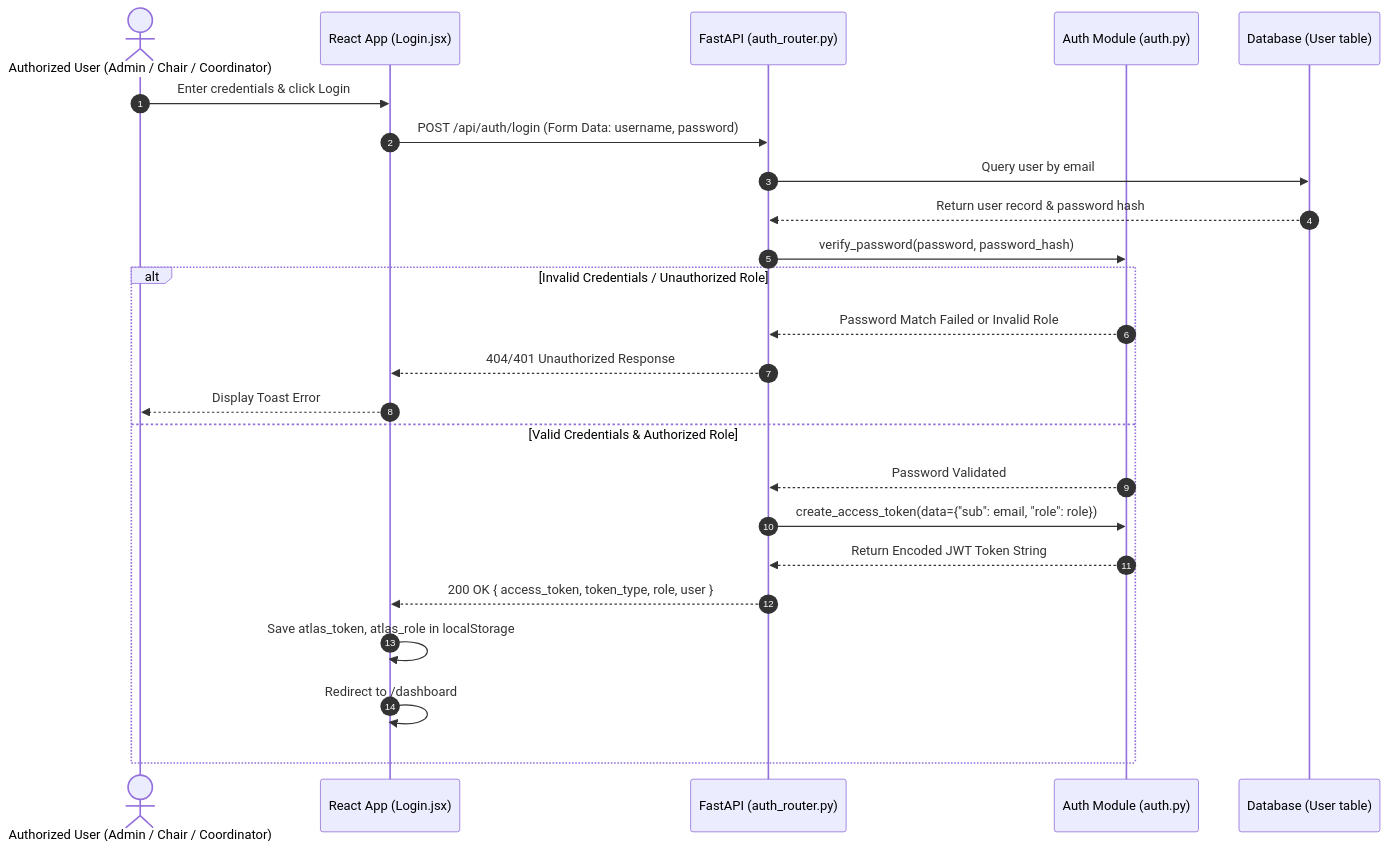
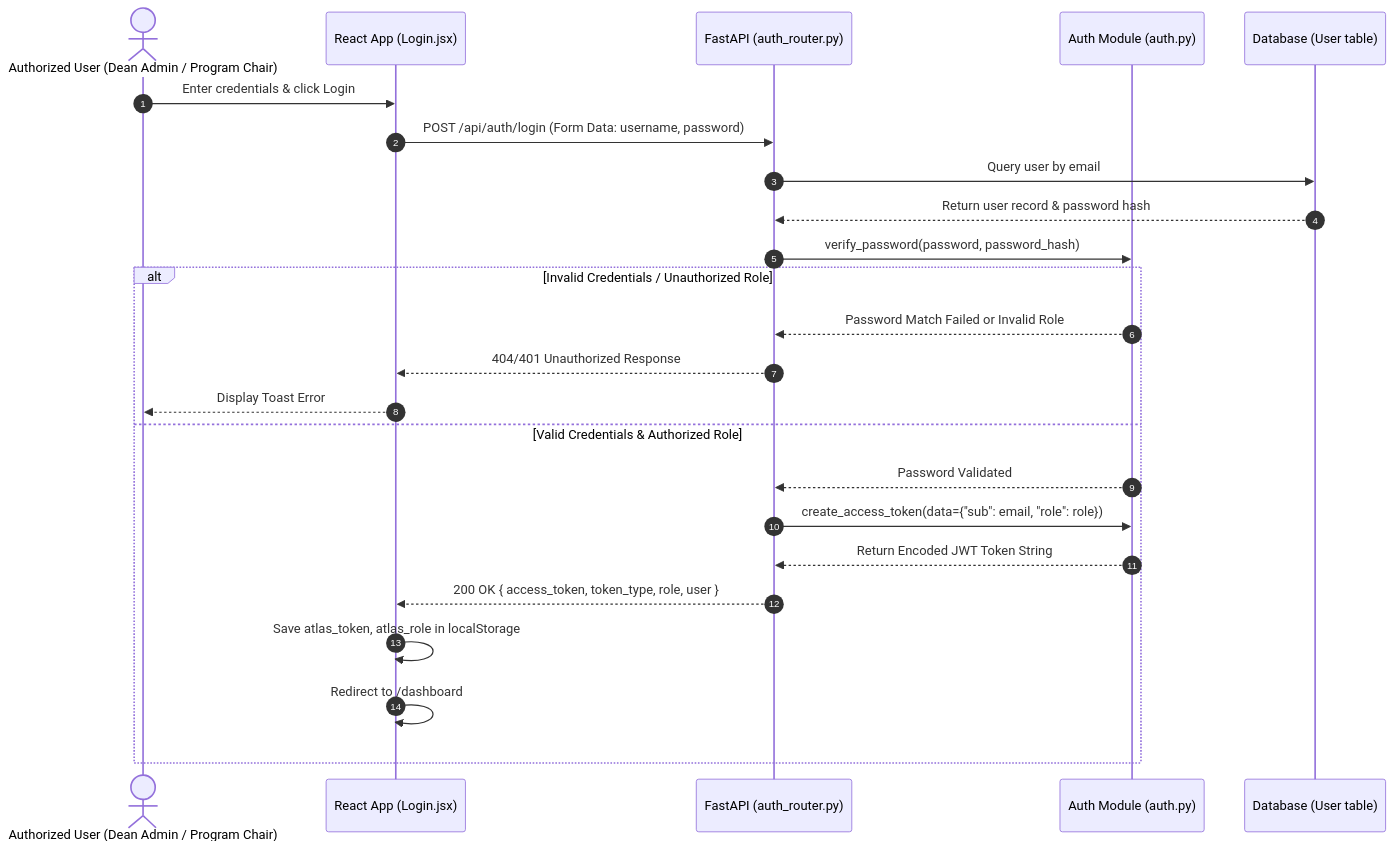
Before and after one commit to dayaomatthew14/ATLAS: the second of 4 diagrams in docs/SYSTEM_DESIGN.md, drawn with Mermaid. The commit also changed other lines of this file and 54 other files, not shown here.

````diff
--- a/docs/SYSTEM_DESIGN.md
+++ b/docs/SYSTEM_DESIGN.md
@@ -118,28 +121,28 @@
 ```mermaid
 sequenceDiagram
     autonumber
-    actor AuthorizedUser as Authorized User (Admin / Chair / Coordinator)
+    actor AuthorizedUser as Authorized User (Dean Admin / Program Chair)
     participant Frontend as React App (Login.jsx)
     participant API as FastAPI (auth_router.py)
     participant Auth as Auth Module (auth.py)
     participant DB as Database (User table)
 
     AuthorizedUser->>Frontend: Enter credentials & click Login
     Frontend->>API: POST /api/auth/login (Form Data: username, password)
     API->>DB: Query user by email
     DB-->>API: Return user record & password hash
     API->>Auth: verify_password(password, password_hash)
     
     alt Invalid Credentials / Unauthorized Role
         Auth-->>API: Password Match Failed or Invalid Role
         API-->>Frontend: 404/401 Unauthorized Response
         Frontend-->>AuthorizedUser: Display Toast Error
     else Valid Credentials & Authorized Role
         Auth-->>API: Password Validated
         API->>Auth: create_access_token(data={"sub": email, "role": role})
         Auth-->>API: Return Encoded JWT Token String
         API-->>Frontend: 200 OK { access_token, token_type, role, user }
         Frontend->>Frontend: Save atlas_token, atlas_role in localStorage
         Frontend->>Frontend: Redirect to /dashboard
     end
 ```
````
